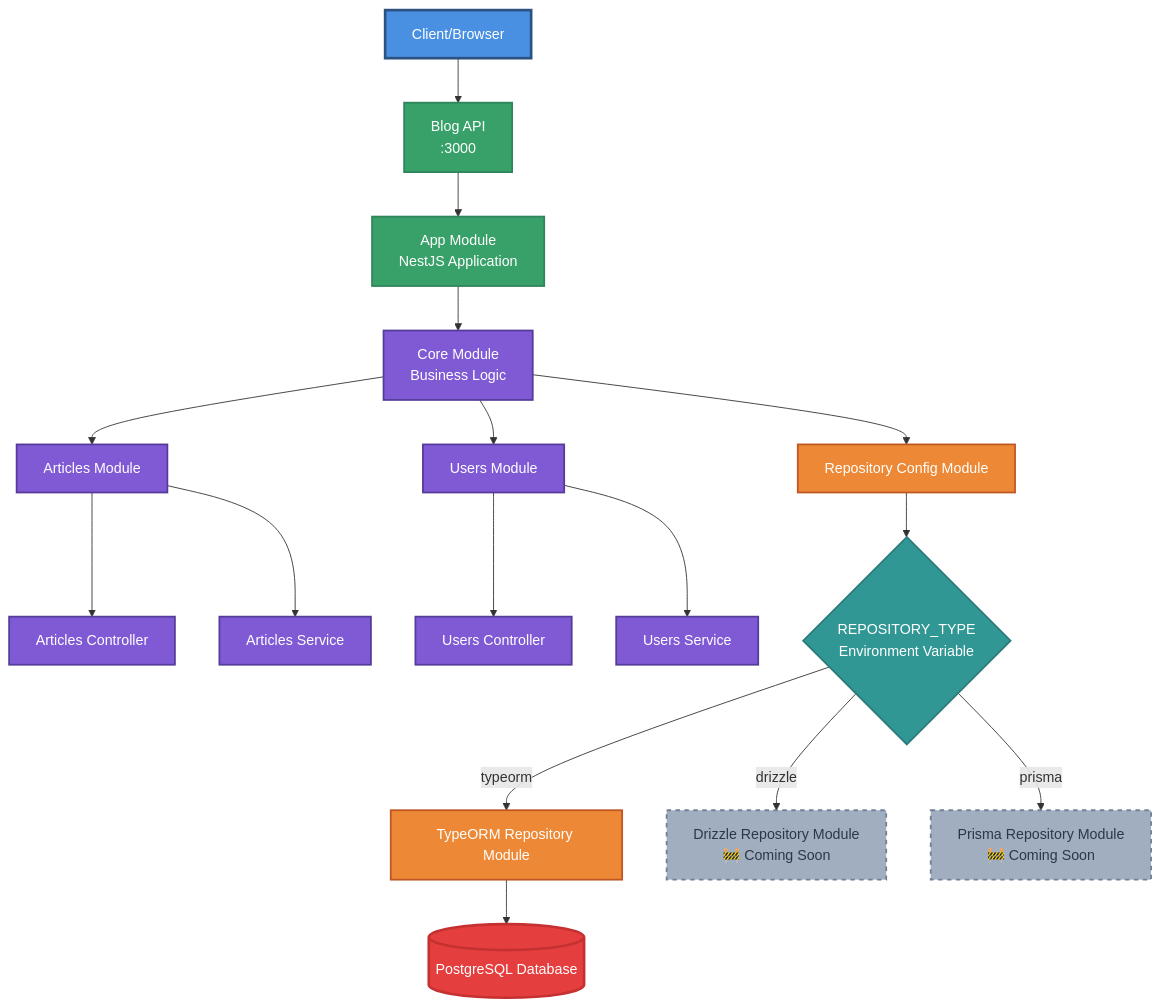
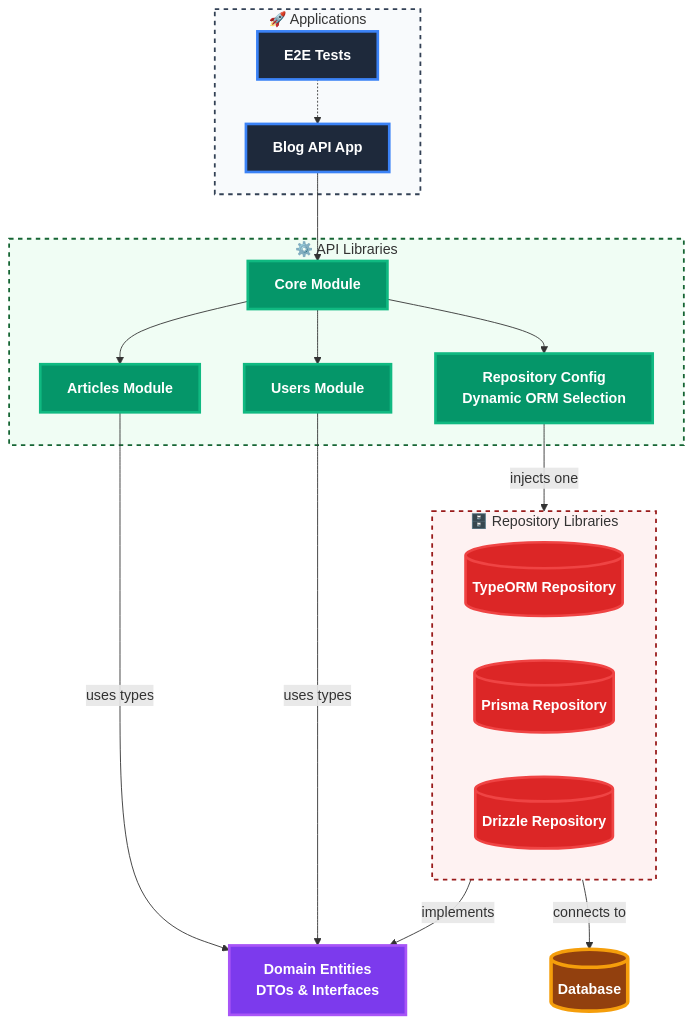
The first of 4 diagrams in docs/architecture-diagram.md (Pedro-Boccaletti/orms-showcase), drawn with Mermaid before and after one commit.

Commit message:
feat(docs): update service architecture diagram for improved clarity and structure

````diff
--- a/docs/architecture-diagram.md
+++ b/docs/architecture-diagram.md
@@ -5,46 +5,63 @@
 ```mermaid
-graph TB
-    %% External Layer
-    Client[Client/Browser] --> API[Blog API<br/>:3000]
+graph TD
+    subgraph apps["🚀 Applications"]
+        blog_api["Blog API App"]
+        blog_api_e2e["E2E Tests"]
+    end
 
-    %% Application Layer
-    API --> AppModule[App Module<br/>NestJS Application]
-    AppModule --> CoreModule[Core Module<br/>Business Logic]
+    domain["Domain Entities<br/>DTOs & Interfaces"]
 
-    %% Core Services
-    CoreModule --> ArticlesModule[Articles Module]
-    CoreModule --> UsersModule[Users Module]
-    CoreModule --> RepoConfig[Repository Config Module]
+    subgraph libs_api["⚙️ API Libraries"]
+        api_core["Core Module"]
+        articles_module["Articles Module"]
+        users_module["Users Module"]
+        repository_config["Repository Config<br/>Dynamic ORM Selection"]
+    end
 
-    %% Controllers & Services
-    ArticlesModule --> ArticlesController[Articles Controller]
-    ArticlesModule --> ArticlesService[Articles Service]
-    UsersModule --> UsersController[Users Controller]
-    UsersModule --> UsersService[Users Service]
+    subgraph libs_repos["🗄️ Repository Libraries"]
+        typeorm_repo[("TypeORM Repository")]
+        prisma_repo[("Prisma Repository")]
+        drizzle_repo[("Drizzle Repository")]
+    end
 
-    %% Repository Abstraction Layer
-    RepoConfig --> RepoChoice{REPOSITORY_TYPE<br/>Environment Variable}
-    RepoChoice -->|typeorm| TypeORMRepo[TypeORM Repository Module]
-    RepoChoice -->|drizzle| DrizzleRepo[Drizzle Repository Module<br/>🚧 Coming Soon]
-    RepoChoice -->|prisma| PrismaRepo[Prisma Repository Module<br/>🚧 Coming Soon]
+    %% Main app dependencies
+    blog_api --> api_core
+    blog_api_e2e -.-> blog_api
 
-    %% Repository Implementations
-    TypeORMRepo --> DB[(PostgreSQL Database)]
+    %% Core module dependencies
+    api_core --> articles_module
+    api_core --> users_module
+    api_core --> repository_config
+
+    %% Business modules depend on domain
+    articles_module -->|uses types| domain
+    users_module -->|uses types| domain
+
+    %% Repository config selects ORM implementation
+    repository_config -->|injects one| libs_repos
+
+    %% All repositories implement domain interfaces
+    libs_repos -->|implements| domain
+
+    %% All repositories connect to the database
+    libs_repos -->|connects to| database[(Database)]
 
     %% Enhanced Styling
-    classDef client fill:#4a90e2,stroke:#2c5282,stroke-width:3px,color:#ffffff
-    classDef application fill:#38a169,stroke:#2f855a,stroke-width:2px,color:#ffffff
-    classDef core fill:#805ad5,stroke:#553c9a,stroke-width:2px,color:#ffffff
-    classDef repository fill:#ed8936,stroke:#c05621,stroke-width:2px,color:#ffffff
-    classDef database fill:#e53e3e,stroke:#c53030,stroke-width:3px,color:#ffffff
-    classDef environment fill:#319795,stroke:#2c7a7b,stroke-width:2px,color:#ffffff
-    classDef comingSoon fill:#a0aec0,stroke:#718096,stroke-width:2px,stroke-dasharray:5 5,color:#2d3748
+    classDef appNode fill:#1e293b,stroke:#3b82f6,stroke-width:3px,color:#ffffff,font-weight:bold
+    classDef domainNode fill:#7c3aed,stroke:#a855f7,stroke-width:3px,color:#ffffff,font-weight:bold
+    classDef apiNode fill:#059669,stroke:#10b981,stroke-width:3px,color:#ffffff,font-weight:bold
+    classDef repoNode fill:#dc2626,stroke:#ef4444,stroke-width:3px,color:#ffffff,font-weight:bold
+    classDef databaseNode fill:#92400e,stroke:#f59e0b,stroke-width:4px,color:#ffffff,font-weight:bold
 
-    class Client client
-    class API,AppModule application
-    class CoreModule,ArticlesModule,UsersModule,ArticlesController,ArticlesService,UsersController,UsersService core
-    class RepoConfig,TypeORMRepo repository
-    class DB database
-    class RepoChoice environment
-    class DrizzleRepo,PrismaRepo comingSoon
+    %% Subgraph styling
+    style apps fill:#f8fafc,stroke:#334155,stroke-width:2px,stroke-dasharray: 5 5
+    style libs_api fill:#f0fdf4,stroke:#166534,stroke-width:2px,stroke-dasharray: 5 5
+    style libs_repos fill:#fef2f2,stroke:#991b1b,stroke-width:2px,stroke-dasharray: 5 5
+
+    %% Apply classes to nodes
+    class blog_api,blog_api_e2e appNode
+    class domain domainNode
+    class api_core,articles_module,users_module,repository_config apiNode
+    class typeorm_repo,prisma_repo,drizzle_repo repoNode
+    class database databaseNode
 ```
````
